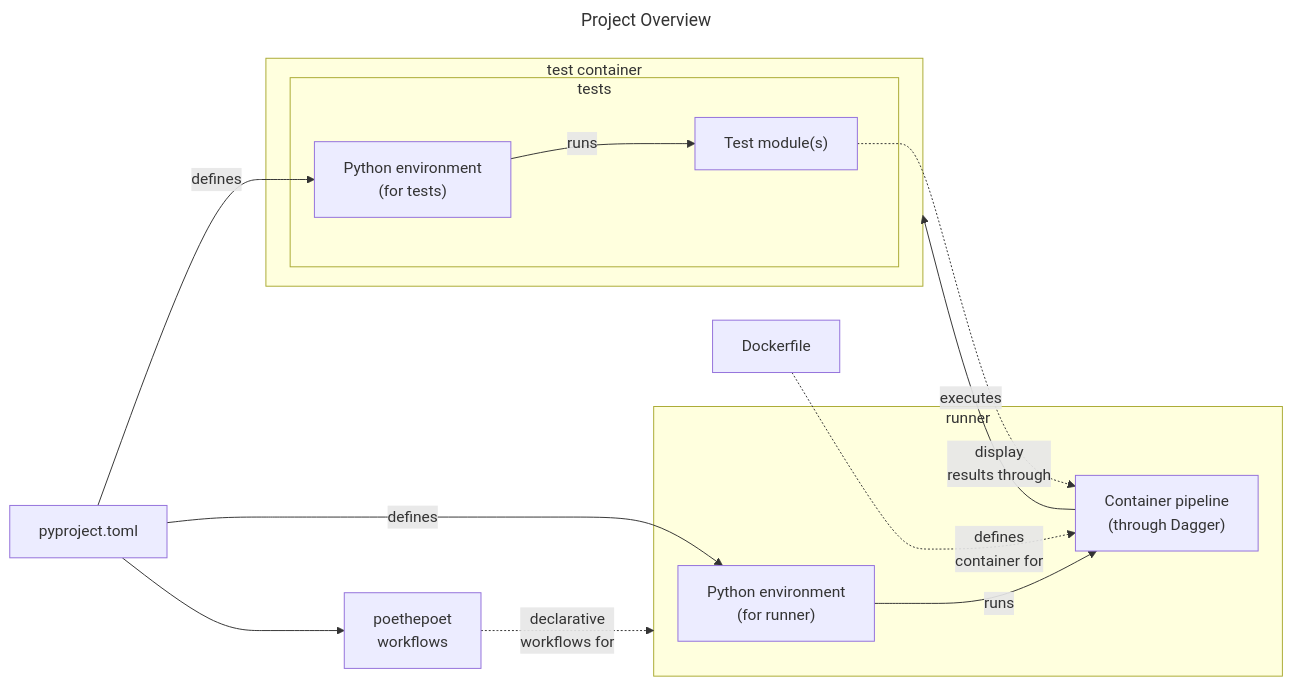
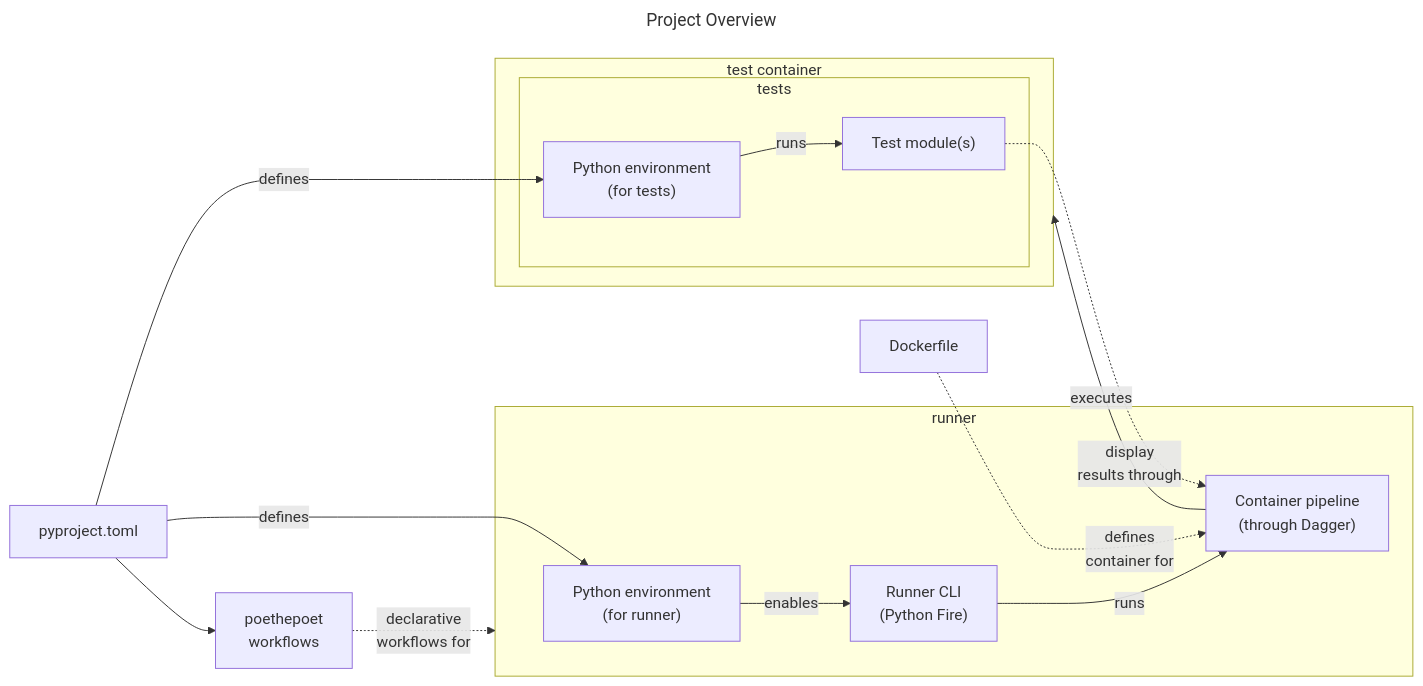
One commit to CU-DBMI/demo-python-memory-reference-accounting changed the diagram in README.md. Above: the diagram before and after it, drawn with Mermaid. The commit also changed other lines of this file, not shown here.

Commit message:
add python fire mentions

````diff
--- a/README.md
+++ b/README.md
@@ -9,35 +9,37 @@
 ```mermaid
 ---
 title: Project Overview
 ---
 flowchart LR
 
 pyproject["pyproject.toml"]
 poeworkflow["poethepoet\nworkflows"]
 dockerfile["Dockerfile"]
 subgraph test_container["test container"]
     subgraph tests
         test_env["Python environment\n(for tests)"]
         test_modules["Test module(s)"]
     end
 end
 subgraph runner
     runner_env["Python environment\n(for runner)"]
+    runner_cli["Runner CLI\n(Python Fire)"]
     pipeline["Container pipeline\n(through Dagger)"]
 end
 
 
 pyproject --> |defines| test_env
 pyproject --> |defines| runner_env
 
 test_env --> |runs| test_modules
 test_modules -.-> |display\nresults through| pipeline
-runner_env --> |runs| pipeline
+runner_env --> |enables| runner_cli
+runner_cli --> |runs| pipeline
 
 dockerfile -.-> |defines\ncontainer for| pipeline
 
 pipeline --> |executes| test_container
 
 pyproject --> poeworkflow
 poeworkflow -.-> |declarative\nworkflows for| runner
 ```
````
